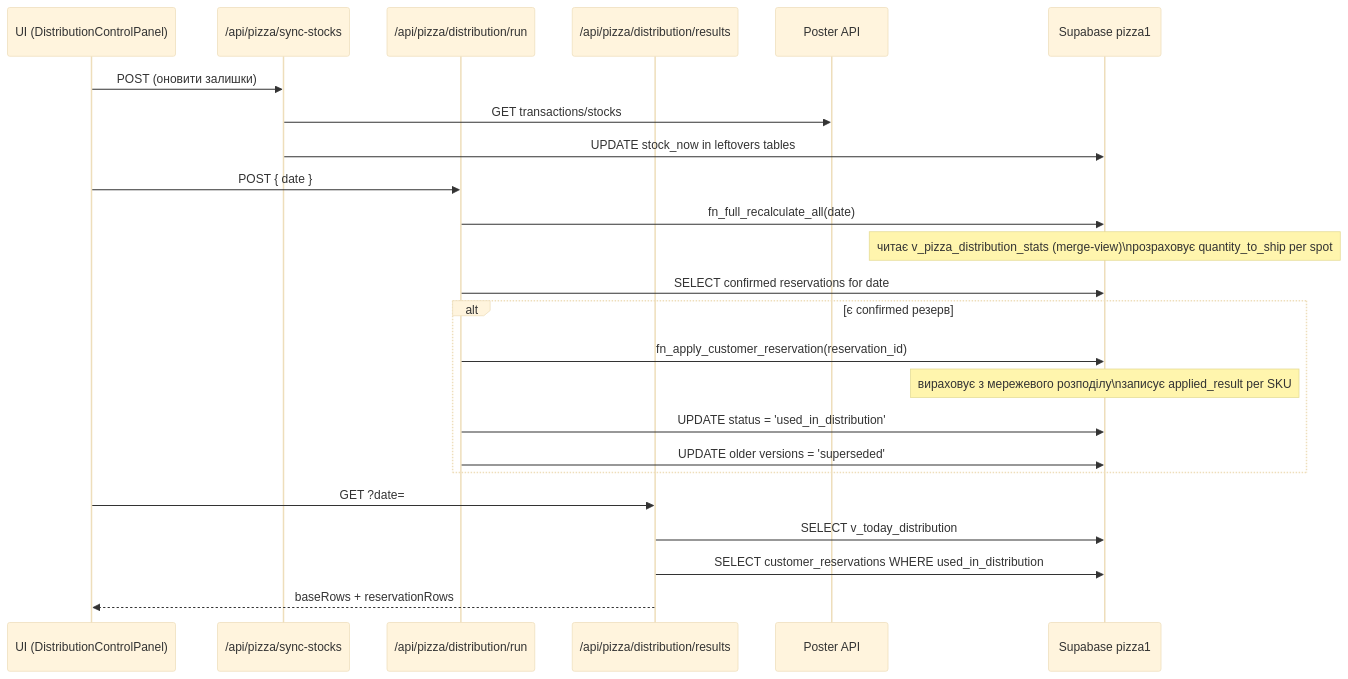
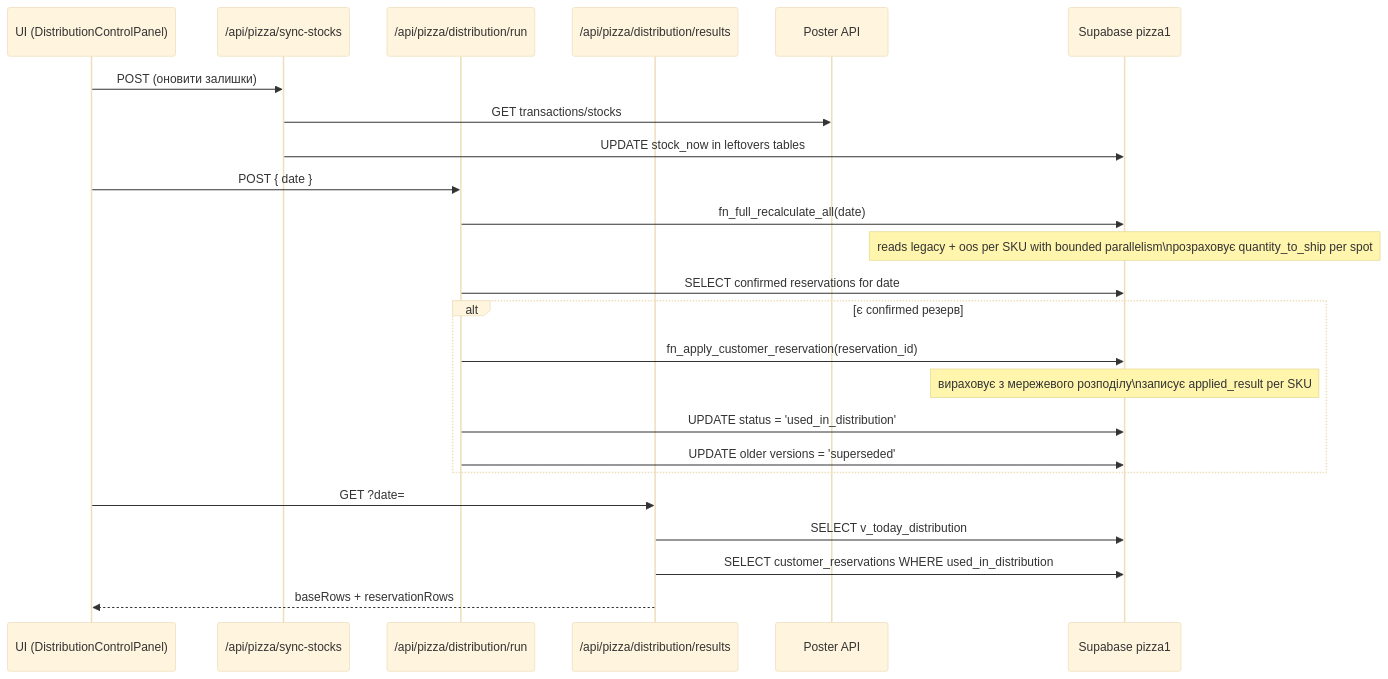
One commit to yobozavrik/operator_v2.2 changed the third of 8 diagrams in docs/pizza-system-current-state.md. Above: the diagram before and after it, drawn with Mermaid (base theme). The commit also changed other lines of this file and 67 other files, not shown here.

````diff
--- a/docs/pizza-system-current-state.md
+++ b/docs/pizza-system-current-state.md
@@ -92,29 +92,29 @@
 ```mermaid
 sequenceDiagram
     participant U as UI (DistributionControlPanel)
     participant SR as /api/pizza/sync-stocks
     participant DR as /api/pizza/distribution/run
     participant RR as /api/pizza/distribution/results
     participant P as Poster API
     participant DB as Supabase pizza1
 
     U->>SR: POST (оновити залишки)
     SR->>P: GET transactions/stocks
     SR->>DB: UPDATE stock_now in leftovers tables
 
     U->>DR: POST { date }
     DR->>DB: fn_full_recalculate_all(date)
-    Note over DB: читає v_pizza_distribution_stats (merge-view)\nрозраховує quantity_to_ship per spot
+    Note over DB: reads legacy + oos per SKU with bounded parallelism\nрозраховує quantity_to_ship per spot
     DR->>DB: SELECT confirmed reservations for date
     alt є confirmed резерв
         DR->>DB: fn_apply_customer_reservation(reservation_id)
         Note over DB: вираховує з мережевого розподілу\nзаписує applied_result per SKU
         DR->>DB: UPDATE status = 'used_in_distribution'
         DR->>DB: UPDATE older versions = 'superseded'
     end
 
     U->>RR: GET ?date=
     RR->>DB: SELECT v_today_distribution
     RR->>DB: SELECT customer_reservations WHERE used_in_distribution
     RR-->>U: baseRows + reservationRows
 ```
````
